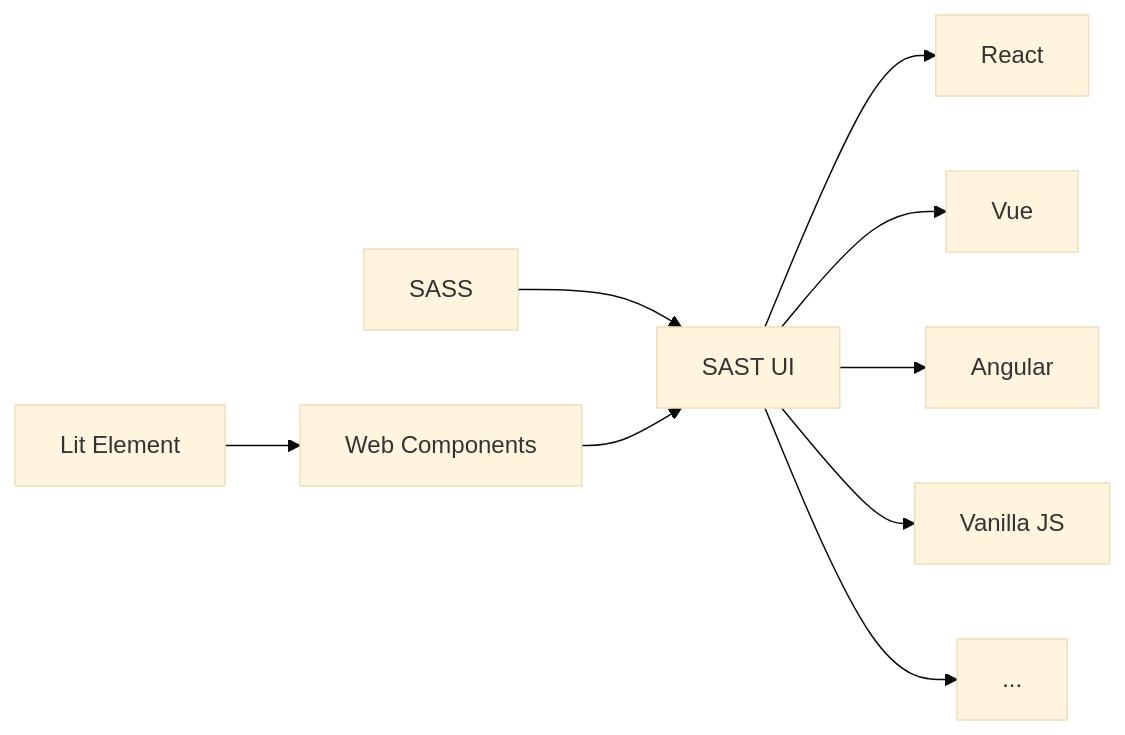
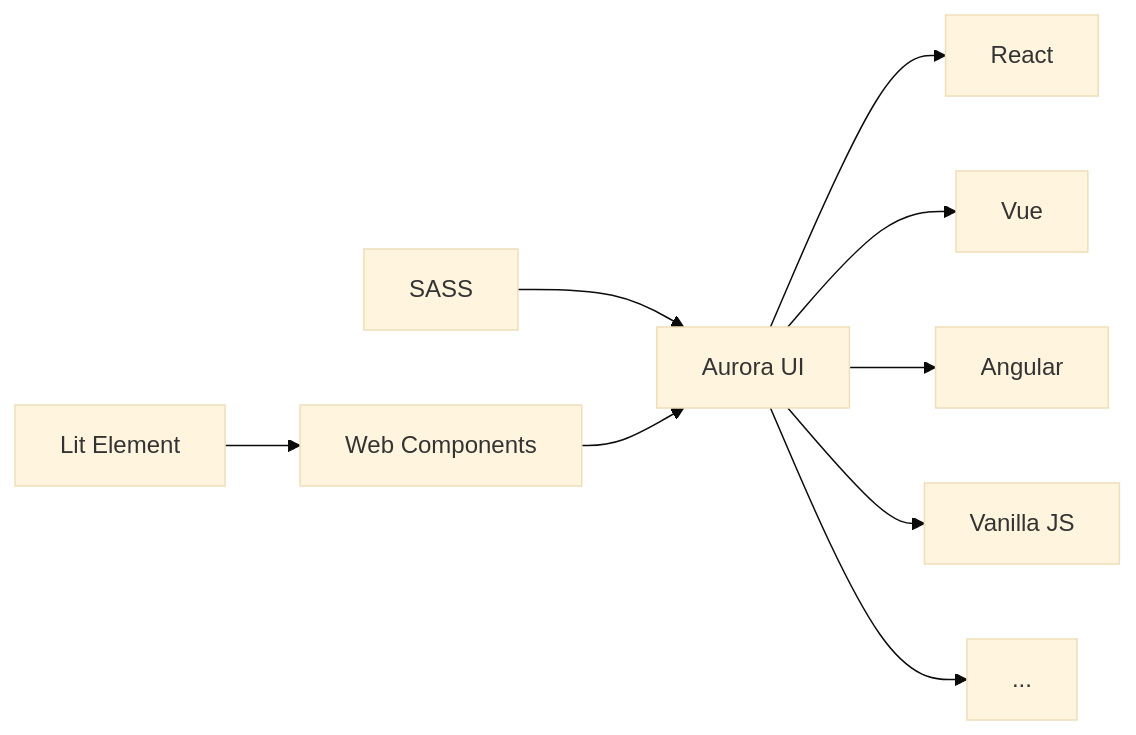
Before and after one commit to NJUPT-SAST/aurora-ui: the diagram in docs/docs/components/universal/index.md, drawn with Mermaid (base theme). The commit also changed 6 other files, not shown here.

````diff
--- a/docs/docs/components/universal/index.md
+++ b/docs/docs/components/universal/index.md
@@ -13,11 +13,11 @@
 ```mermaid
 graph LR
     A[Lit Element] --> B[Web Components]
-    C[SASS]-->D[SAST UI]
+    C[SASS]-->D[Aurora UI]
     B --> D
     D --> E[React]
     D --> F[Vue]
     D --> G[Angular]
     D --> H[Vanilla JS]
     D --> I[...]
 ```
````
